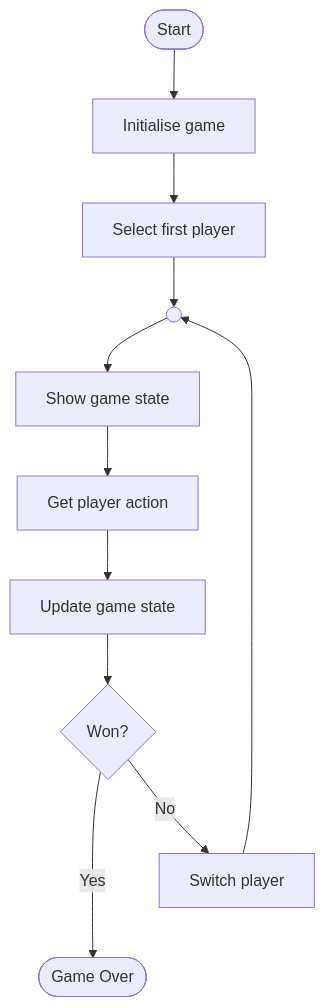
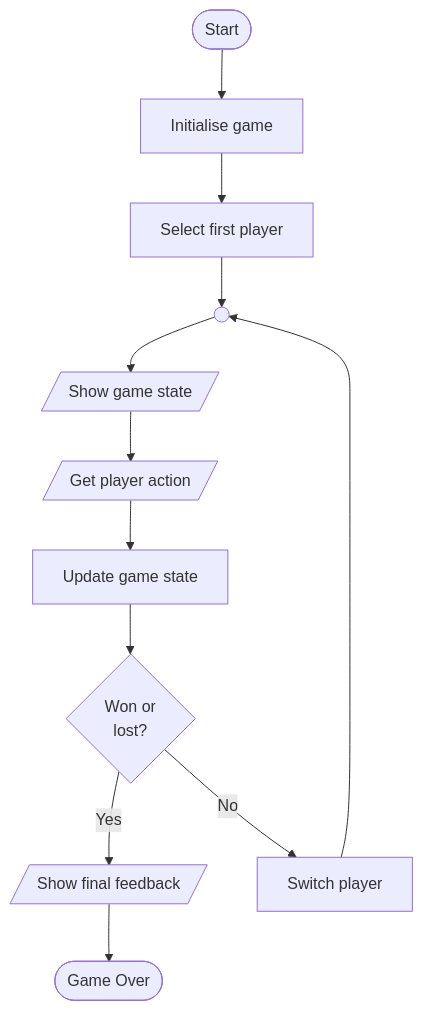
Before and after one commit to waimea-dt/how-do-i: the second of 3 diagrams in docs/programming/algorithms/games.md, drawn with Mermaid. The commit also changed other lines of this file and 10 other files, not shown here.

Commit message:
More pseudo and mermaid tweaks, plus tree notes

````diff
--- a/docs/programming/algorithms/games.md
+++ b/docs/programming/algorithms/games.md
@@ -36,19 +86,20 @@
 ```mermaid
 flowchart TD
     %% Define nodes
     start([Start])
     init[Initialise game]
     player[Select first player]
     loop(( ))
-    show[Show game state]
-    input[Get player action]
+    show[/Show game state/]
+    input[/Get player action/]
     update[Update game state]
     switch[Switch player]
-    win{Won?}
+    win{Won or<br>lost?}
     over([Game Over])
+    feedback[/"Show final feedback"/]
 
     %% Define links
     start --> init --> player --> loop --> show --> input --> update --> win
-    win -- Yes ---> over
+    win -- Yes --> feedback --> over
     win -- No --> switch --> loop
 ```
````
